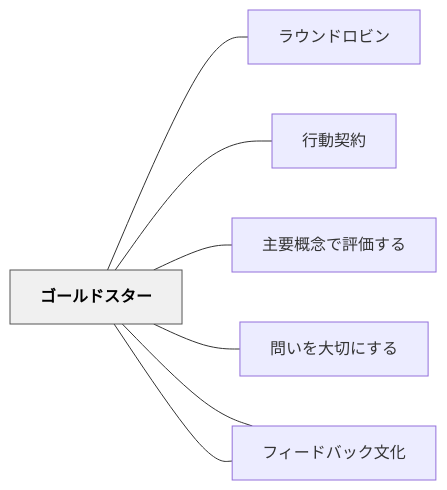
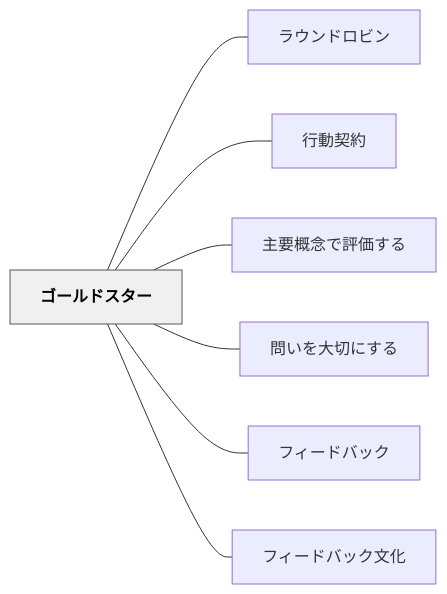
One commit to unknownthings-ed-patterns/unknownthings-ed-patterns changed the diagram in content/パタン/ゴールドスター.md. Above: the diagram before and after it, drawn with Mermaid. The commit also changed 527 other files, not shown here.

````diff
--- a/content/パタン/ゴールドスター.md
+++ b/content/パタン/ゴールドスター.md
@@ -107,20 +107,20 @@
 ```mermaid
 flowchart LR
-    ne382b4e383bc["ゴールドスター"]
-    ne383a9e382a6["ラウンドロビン"]
-    ne8a18ce58b95["行動契約"]
-    ne4b8bbe8a681["主要概念で評価する"]
-    ne5958fe38184["問いを大切にする"]
-    ne38395e382a3["フィードバック"]
-    ne38395e382a3["フィードバック文化"]
+    ne382b4e383bce383abe38389e382b9e382bfe383bc["ゴールドスター"]
+    ne383a9e382a6e383b3e38389e383ade38393e383b3["ラウンドロビン"]
+    ne8a18ce58b95e5a591e7b484["行動契約"]
+    ne4b8bbe8a681e6a682e5bfb5e381a7e8a995e4bea1e38199e3828b["主要概念で評価する"]
+    ne5958fe38184e38292e5a4a7e58887e381abe38199e3828b["問いを大切にする"]
+    ne38395e382a3e383bce38389e38390e38383e382af["フィードバック"]
+    ne38395e382a3e383bce38389e38390e38383e382afe69687e58c96["フィードバック文化"]
 
-    ne382b4e383bc --- ne383a9e382a6
-    ne382b4e383bc --- ne8a18ce58b95
-    ne382b4e383bc --- ne4b8bbe8a681
-    ne382b4e383bc --- ne5958fe38184
-    ne382b4e383bc --- ne38395e382a3
-    ne382b4e383bc --- ne38395e382a3
+    ne382b4e383bce383abe38389e382b9e382bfe383bc --- ne383a9e382a6e383b3e38389e383ade38393e383b3
+    ne382b4e383bce383abe38389e382b9e382bfe383bc --- ne8a18ce58b95e5a591e7b484
+    ne382b4e383bce383abe38389e382b9e382bfe383bc --- ne4b8bbe8a681e6a682e5bfb5e381a7e8a995e4bea1e38199e3828b
+    ne382b4e383bce383abe38389e382b9e382bfe383bc --- ne5958fe38184e38292e5a4a7e58887e381abe38199e3828b
+    ne382b4e383bce383abe38389e382b9e382bfe383bc --- ne38395e382a3e383bce38389e38390e38383e382af
+    ne382b4e383bce383abe38389e382b9e382bfe383bc --- ne38395e382a3e383bce38389e38390e38383e382afe69687e58c96
 
     classDef hub fill:#f0f0f0,stroke:#555,color:#000,font-weight:bold
-    class ne382b4e383bc hub
+    class ne382b4e383bce383abe38389e382b9e382bfe383bc hub
 ```
````
